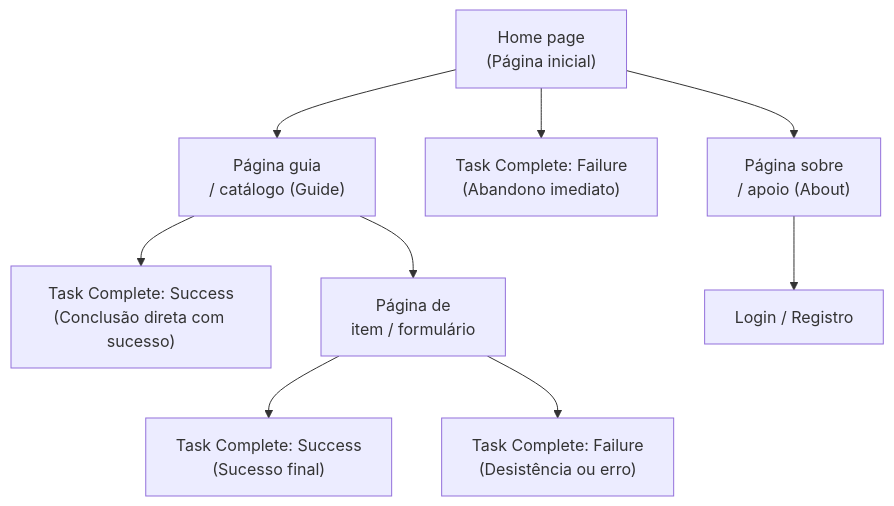
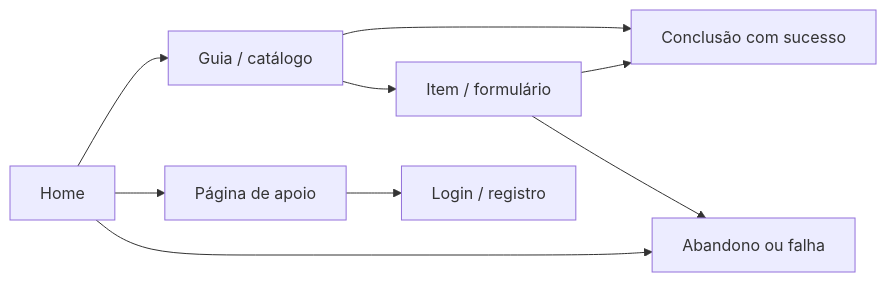
Before and after one commit to leorruas/puc: the third of 3 diagrams in 08. Design de Interacao/23. Teste de usabilidade - método empírico formal de avaliação por observação.md, drawn with Mermaid. The commit also changed other lines of this file, not shown here.

````diff
--- a/08. Design de Interacao/23. Teste de usabilidade - método empírico formal de avaliação por observação.md
+++ b/08. Design de Interacao/23. Teste de usabilidade - método empírico formal de avaliação por observação.md
@@ -167,13 +172,19 @@
 ```mermaid
-flowchart TD
-    Home["Home page<br>(Página inicial)"] --> Guide["Página guia<br>/ catálogo (Guide)"]
-    Home --> Fail1["Task Complete: Failure<br>(Abandono imediato)"]
-    Home --> About["Página sobre<br>/ apoio (About)"]
-    
-    Guide --> Success1["Task Complete: Success<br>(Conclusão direta com sucesso)"]
-    Guide --> Item["Página de<br>item / formulário"]
-    
-    About --> Login["Login / Registro"]
-    Item --> Success2["Task Complete: Success<br>(Sucesso final)"]
-    Item --> Fail2["Task Complete: Failure<br>(Desistência ou erro)"]
+flowchart LR
+    Home["Home"]:::external
+    Guia["Guia / catálogo"]:::component
+    Sobre["Página de apoio"]:::component
+    Item["Item / formulário"]:::core
+    Login["Login / registro"]:::component
+    Sucesso["Conclusão com sucesso"]:::data
+    Falha["Abandono ou falha"]:::warning
+
+    Home --> Guia
+    Home --> Sobre
+    Home --> Falha
+    Guia --> Sucesso
+    Guia --> Item
+    Sobre --> Login
+    Item --> Sucesso
+    Item --> Falha
 ```
````
